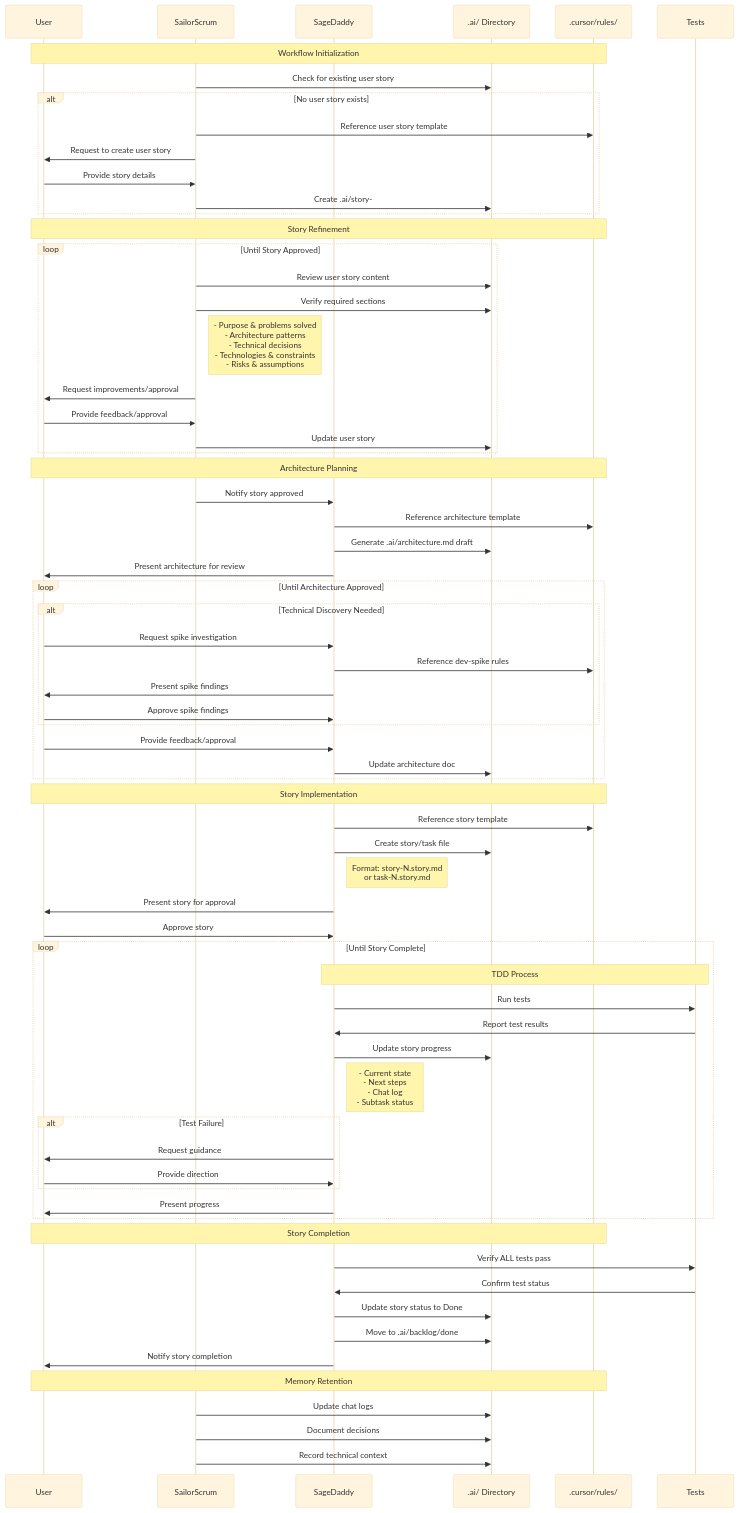
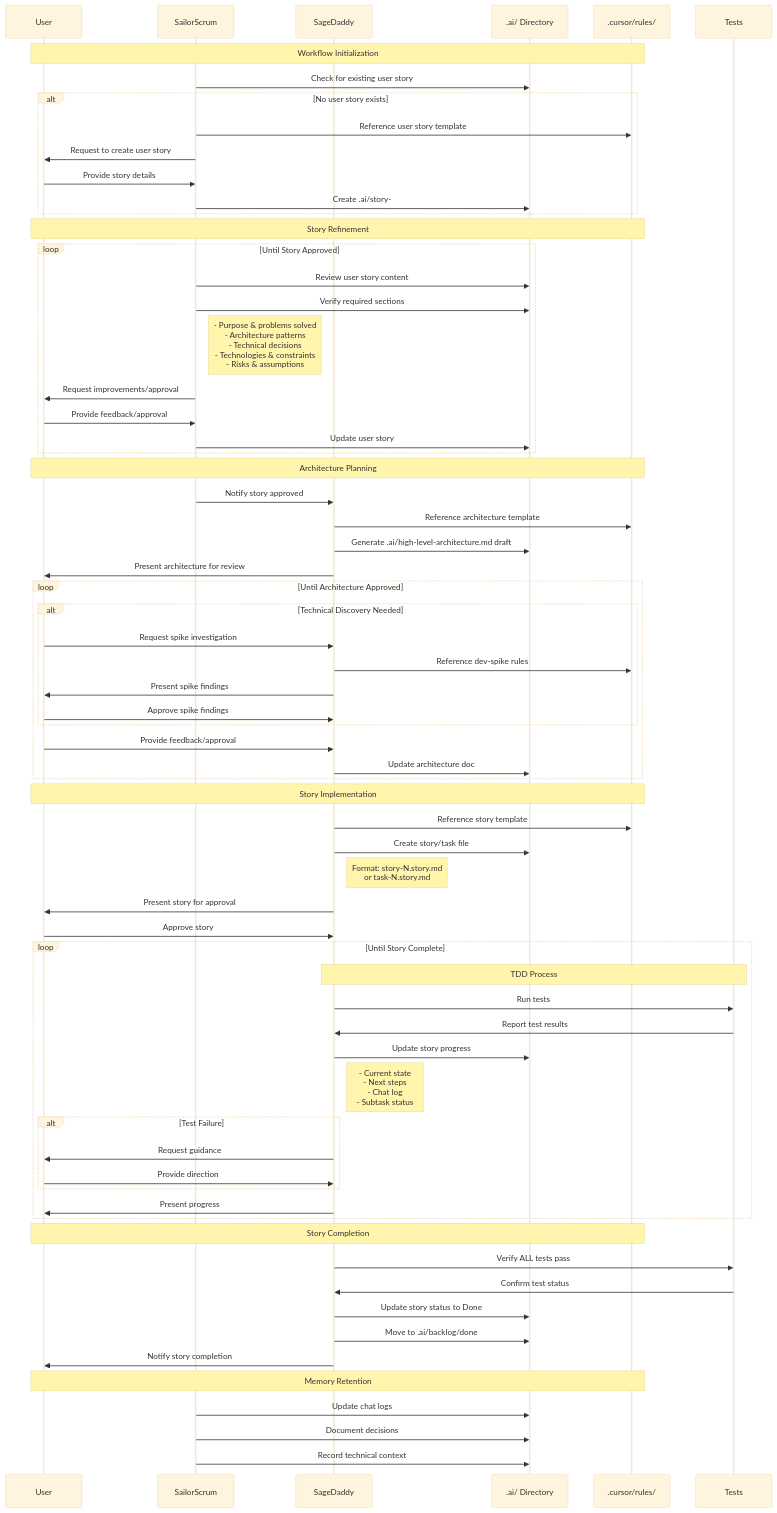
One commit to usrrname/cursorrules changed the diagram in docs/lean-workflow.md. Above: the diagram before and after it, drawn with Mermaid (base theme). The commit also changed 7 other files, not shown here.

````diff
--- a/docs/lean-workflow.md
+++ b/docs/lean-workflow.md
@@ -5,77 +5,77 @@
 ```mermaid
 sequenceDiagram
     participant U as User
     participant SS as SailorScrum
     participant SD as SageDaddy
     participant AI as .ai/ Directory
     participant CR as .cursor/rules/
     participant T as Tests
 
     Note over U,CR: Workflow Initialization
     SS->>AI: Check for existing user story
     alt No user story exists
         SS->>CR: Reference user story template
         SS->>U: Request to create user story
         U->>SS: Provide story details
         SS->>AI: Create .ai/story-#.md
     end
 
     Note over U,CR: Story Refinement
     loop Until Story Approved
         SS->>AI: Review user story content
         SS->>AI: Verify required sections
         Note right of SS: - Purpose & problems solved<br/>- Architecture patterns<br/>- Technical decisions<br/>- Technologies & constraints<br/>- Risks & assumptions
         SS->>U: Request improvements/approval
         U->>SS: Provide feedback/approval
         SS->>AI: Update user story
     end
 
     Note over U,CR: Architecture Planning
     SS->>SD: Notify story approved
     SD->>CR: Reference architecture template
-    SD->>AI: Generate .ai/architecture.md draft
+    SD->>AI: Generate .ai/high-level-architecture.md draft
     SD->>U: Present architecture for review
     
     loop Until Architecture Approved
         alt Technical Discovery Needed
             U->>SD: Request spike investigation
             SD->>CR: Reference dev-spike rules
             SD->>U: Present spike findings
             U->>SD: Approve spike findings
         end
         U->>SD: Provide feedback/approval
         SD->>AI: Update architecture doc
     end
 
     Note over U,CR: Story Implementation
     SD->>CR: Reference story template
     SD->>AI: Create story/task file
     Note right of SD: Format: story-N.story.md<br/>or task-N.story.md
     SD->>U: Present story for approval
     U->>SD: Approve story
     
     loop Until Story Complete
         Note over SD,T: TDD Process
         SD->>T: Run tests
         T->>SD: Report test results
         SD->>AI: Update story progress
         Note right of SD: - Current state<br/>- Next steps<br/>- Chat log<br/>- Subtask status
         alt Test Failure
             SD->>U: Request guidance
             U->>SD: Provide direction
         end
         SD->>U: Present progress
     end
 
     Note over U,CR: Story Completion
     SD->>T: Verify ALL tests pass
     T->>SD: Confirm test status
     SD->>AI: Update story status to Done
     SD->>AI: Move to .ai/backlog/done
     SD->>U: Notify story completion
 
     Note over U,CR: Memory Retention
     SS->>AI: Update chat logs
     SS->>AI: Document decisions
     SS->>AI: Record technical context
 ```
````
